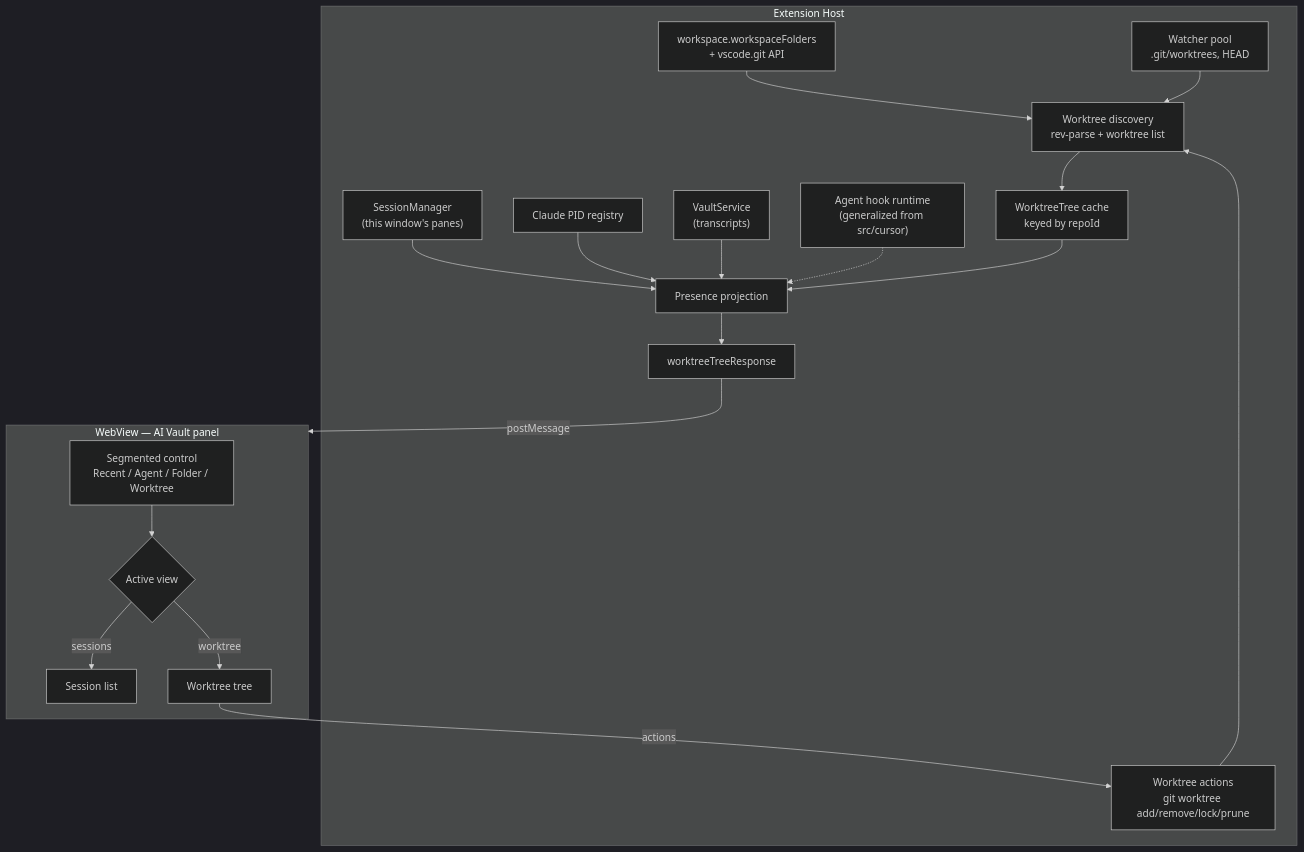
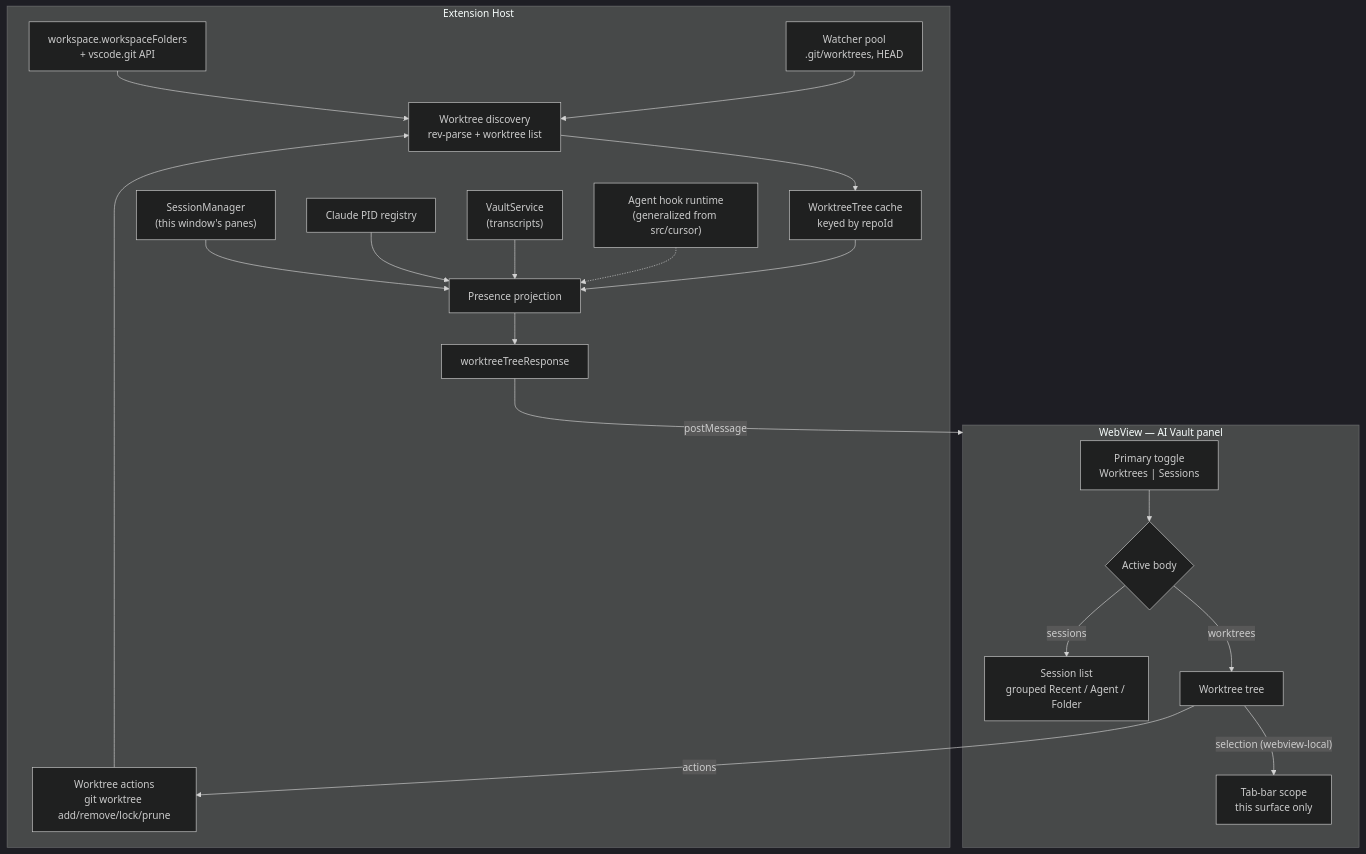
One commit to Asimov-Syntax/anywhere-terminal changed the third of 3 diagrams in docs/DESIGN.md. Above: the diagram before and after it, drawn with Mermaid (dark theme). The commit also changed other lines of this file and 14 other files, not shown here.

````diff
--- a/docs/DESIGN.md
+++ b/docs/DESIGN.md
@@ -249,23 +250,24 @@
 ```mermaid
 graph TB
     subgraph EH["Extension Host"]
         WS["workspace.workspaceFolders<br>+ vscode.git API"] --> DISC["Worktree discovery<br>rev-parse + worktree list"]
         DISC --> TREE["WorktreeTree cache<br>keyed by repoId"]
         SM["SessionManager<br>(this window's panes)"] --> PRES["Presence projection"]
         REG["Claude PID registry"] --> PRES
         VS["VaultService<br>(transcripts)"] --> PRES
         HOOK["Agent hook runtime<br>(generalized from src/cursor)"] -.-> PRES
         TREE --> PRES
         WATCH["Watcher pool<br>.git/worktrees, HEAD"] --> DISC
         PRES --> PUSH["worktreeTreeResponse"]
         ACT["Worktree actions<br>git worktree add/remove/lock/prune"] --> DISC
     end
     PUSH -->|postMessage| WV
     subgraph WV["WebView — AI Vault panel"]
-        SEGCTL["Segmented control<br>Recent / Agent / Folder / Worktree"]
-        SEGCTL --> BODY{"Active view"}
-        BODY -->|sessions| LIST["Session list"]
-        BODY -->|worktree| WTREE["Worktree tree"]
+        TOGGLE["Primary toggle<br>Worktrees | Sessions"]
+        TOGGLE --> BODY{"Active body"}
+        BODY -->|sessions| LIST["Session list<br>grouped Recent / Agent / Folder"]
+        BODY -->|worktrees| WTREE["Worktree tree"]
+        WTREE -->|"selection (webview-local)"| SCOPE["Tab-bar scope<br>this surface only"]
     end
     WTREE -->|actions| ACT
 ```
````
